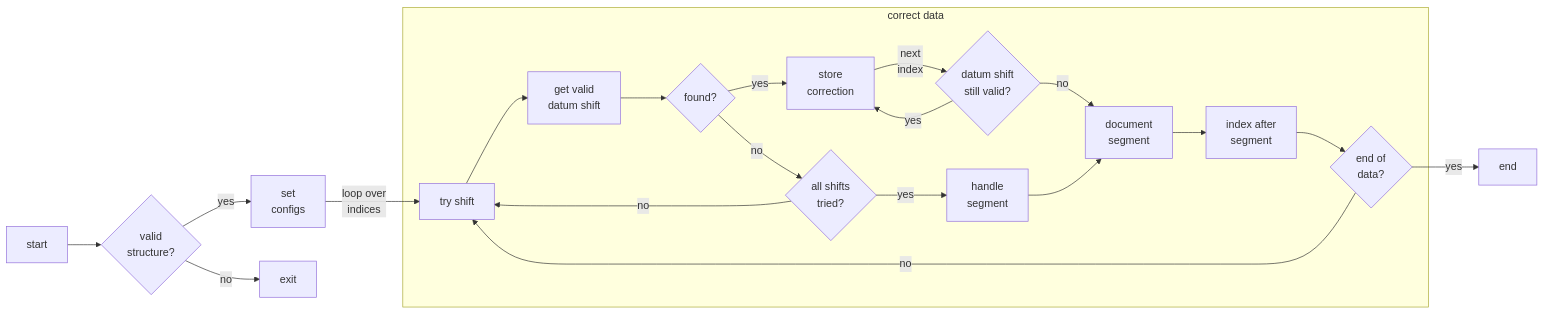
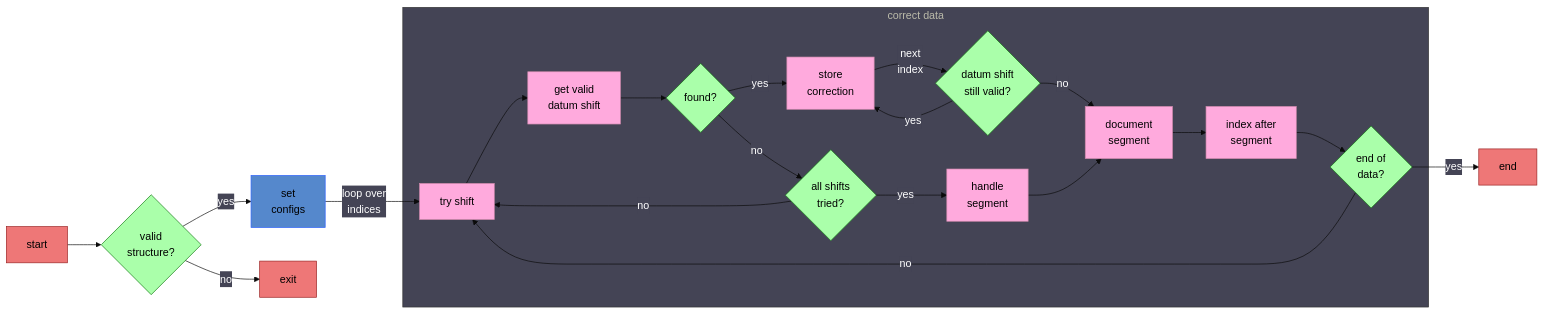
One commit to ncail/noaa-lighthouse-problem changed the second of 2 diagrams in README.md. Above: the diagram before and after it, drawn with Mermaid.

Commit message:
colorized temp corr diagram in readme.

````diff
--- a/README.md
+++ b/README.md
@@ -77,10 +77,51 @@
 ```mermaid
+%%{
+    init: {
+            'theme':'base',
+            'themeVariables': {
+            'primaryColor':'#fff',
+            'secondaryColor':'#445',
+            'tertiaryColor':'#445',
+            'primaryTextColor': '#000',
+            'primaryBorderColor': '#36f'
+            }   
+          }
+}%%
+
+
 flowchart LR
+
+    classDef decisions fill:#afa, stroke:#171;
+    classDef outsideLoop fill:#58c; 
+    classDef exit fill:#e77, stroke:#922;
+    classDef insideLoop fill:#fad, stroke:#c8a
+
+    SetConfig:::outsideLoop
+
+    Validate:::decisions
+    IsFound:::decisions
+    IsValid:::decisions
+    TryNext:::decisions
+    DataEnd:::decisions
+
+    Exit:::exit
+    End:::exit
+    Start:::exit
+
+    TryShift:::insideLoop
+    GetDS:::insideLoop
+    StoreCorr:::insideLoop
+    HandleSegment:::insideLoop
+    DocSegment:::insideLoop
+    NextIndex:::insideLoop
+
+    linkStyle default color:white
 
     Start[start] --> Validate{valid <br> structure?}
 
     %% Valid structure decision.
     Validate --> |yes|SetConfig[set <br> configs]
+    
     Validate --> |no|Exit[exit]
 
     %% Enter loop.
@@ -112,7 +153,9 @@
 
         %% Exit loop decision.
         DataEnd --> |no|TryShift
+
     end
 
     DataEnd --> |yes|End[end]
+    End:::exit
 ```
````
